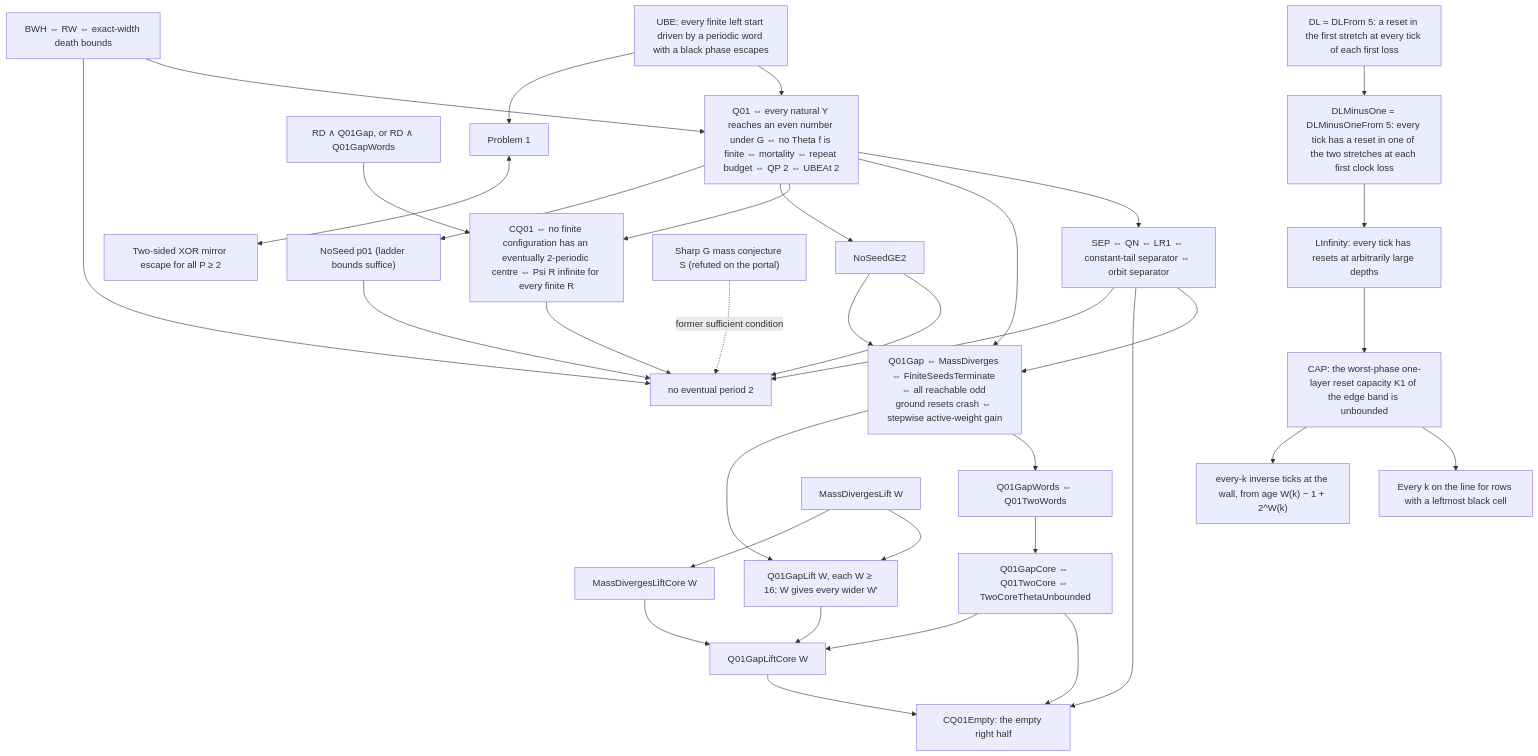
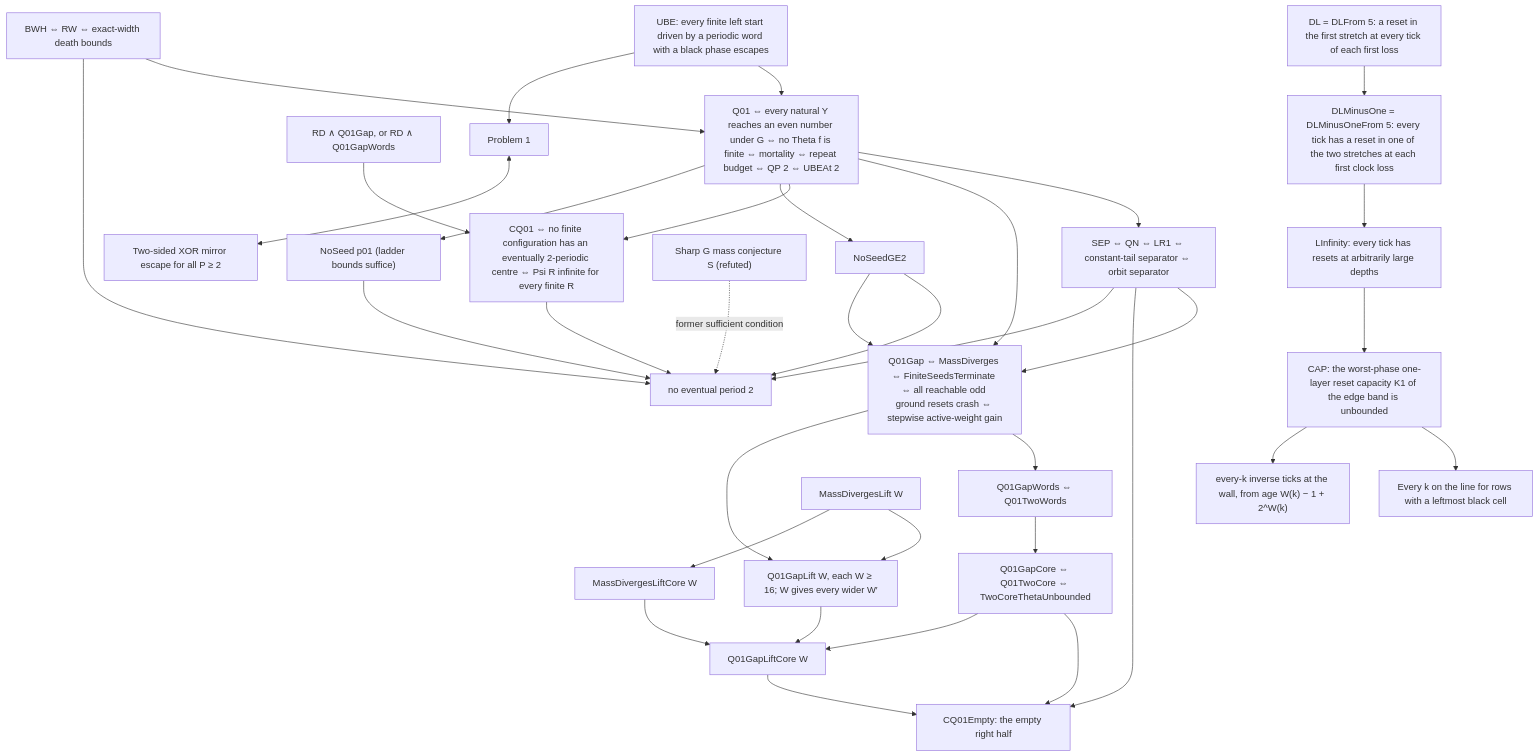
One commit to ghywel/rule30reset changed the diagram in KIT.md. Above: the diagram before and after it, drawn with Mermaid. The commit also changed other lines of this file and 5 other files, not shown here.

````diff
--- a/KIT.md
+++ b/KIT.md
@@ -48,32 +48,32 @@
 ```mermaid
 graph TD
   UBE["UBE: every finite left start driven by a periodic word with a black phase escapes"] --> Q01
   BWH["BWH ⇔ RW ⇔ exact-width death bounds"] --> Q01
   Q01["Q01 ⇔ every natural Y reaches an even number under G ⇔ no Theta f is finite ⇔ mortality ⇔ repeat budget ⇔ QP 2 ⇔ UBEAt 2"]
   Q01 --> SEP["SEP ⇔ QN ⇔ LR1 ⇔ constant-tail separator ⇔ orbit separator"]
   Q01 --> Q01Gap["Q01Gap ⇔ MassDiverges ⇔ FiniteSeedsTerminate ⇔ all reachable odd ground resets crash ⇔ stepwise active-weight gain"]
   SEP --> Q01Gap
   Q01Gap --> Q01GW["Q01GapWords ⇔ Q01TwoWords"]
   Q01GW --> Q01GC["Q01GapCore ⇔ Q01TwoCore ⇔ TwoCoreThetaUnbounded"]
   Q01GC --> CQ01E["CQ01Empty: the empty right half"]
   Q01Gap --> GL["Q01GapLift W, each W ≥ 16; W gives every wider W′"] --> GLC["Q01GapLiftCore W"] --> CQ01E
   Q01GC --> GLC
   MDL["MassDivergesLift W"] --> GL
   MDL --> MDLC["MassDivergesLiftCore W"] --> GLC
   SEP --> CQ01E
   Q01 --> CQ01["CQ01 ⇔ no finite configuration has an eventually 2-periodic centre ⇔ Psi R infinite for every finite R"]
   RDQ["RD ∧ Q01Gap, or RD ∧ Q01GapWords"] --> CQ01
   CQ01 --> NP2["no eventual period 2"]
   Q01 --> NSG["NoSeedGE2"] --> NP2
   NSG --> Q01Gap
   Q01 --> NS01["NoSeed p01 (ladder bounds suffice)"] --> NP2
-  CS["Sharp G mass conjecture S (refuted on the portal)"] -. "former sufficient condition" .-> NP2
+  CS["Sharp G mass conjecture S (refuted)"] -. "former sufficient condition" .-> NP2
   SEP --> NP2
   BWH --> NP2
   UBE --> P1["Problem 1"]
   P1 <--> MIR["Two-sided XOR mirror escape for all P ≥ 2"]
   DL["DL = DLFrom 5: a reset in the first stretch at every tick of each first loss"] --> DL1
   DL1["DLMinusOne = DLMinusOneFrom 5: every tick has a reset in one of the two stretches at each first clock loss"] --> LI["LInfinity: every tick has resets at arbitrarily large depths"]
   CAP --> LINE["Every k on the line for rows with a leftmost black cell"]
   LI --> CAP["CAP: the worst-phase one-layer reset capacity K1 of the edge band is unbounded"] --> EVK["every-k inverse ticks at the wall, from age W(k) − 1 + 2^W(k)"]
 ```
````
